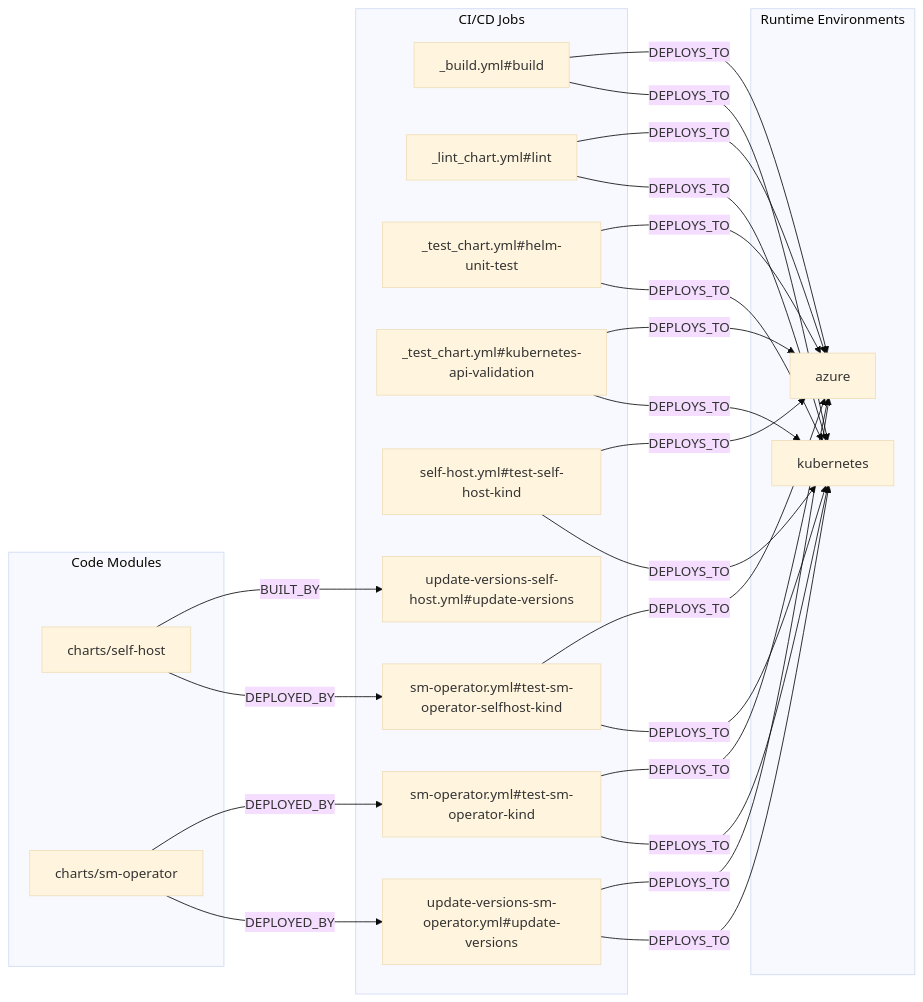
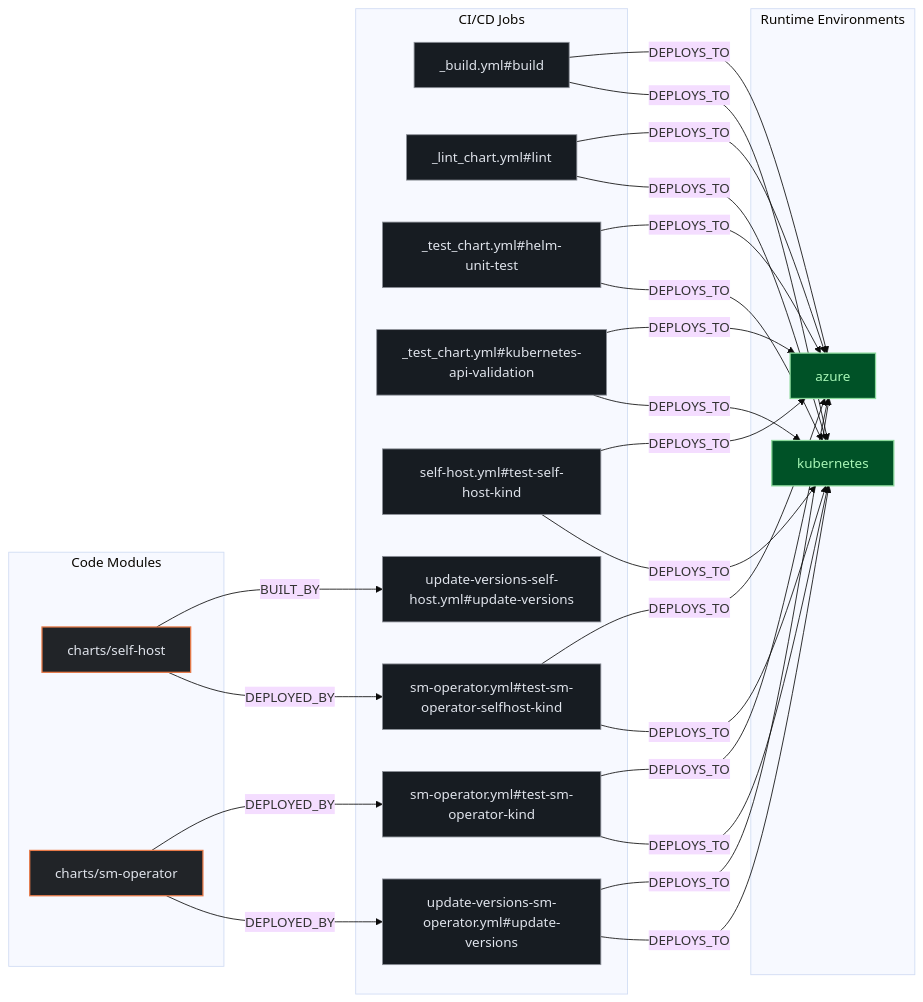
Before and after one commit to kumarshaz/atruss-code-atlas: the second of 3 diagrams in exports/latest/reports/bitwarden-helm-charts-report.md, drawn with Mermaid (base theme). The commit also changed other lines of this file and 331 other files, not shown here.

Commit message:
docs,ui,fix: update SDLC docs, reorder CI/CD DAG first, stylize Mermaid, and fix Arc42 pipeline topology

````diff
--- a/exports/latest/reports/bitwarden-helm-charts-report.md
+++ b/exports/latest/reports/bitwarden-helm-charts-report.md
@@ -152,42 +159,46 @@
 ```mermaid
 flowchart LR
+    classDef atlasCategory fill:#212428,stroke:#E87A48,stroke-width:1.5px,color:#dfe3eb
+    classDef atlasWorkflow fill:#1b2026,stroke:#a3c9ff,stroke-width:1.5px,color:#dfe3eb
+    classDef atlasJob fill:#171c22,stroke:#8d9199,stroke-width:1px,color:#dfe3eb
+    classDef atlasTarget fill:#005227,stroke:#8bd99b,stroke-width:1.5px,color:#a7f6b6
     subgraph code_modules["Code Modules"]
-        mod_charts_self_host["charts/self-host"]
-        mod_charts_sm_operator["charts/sm-operator"]
+        mod_charts_self_host["charts/self-host"]:::atlasCategory
+        mod_charts_sm_operator["charts/sm-operator"]:::atlasCategory
     end
     subgraph ci_jobs["CI/CD Jobs"]
-        job__build_yml_build["_build.yml#build"]
-        job__lint_chart_yml_lint["_lint_chart.yml#lint"]
-        job__test_chart_yml_helm_unit_test["_test_chart.yml#helm-unit-test"]
-        job__test_chart_yml_kubernetes_api_validation["_test_chart.yml#kubernetes-api-validation"]
-        job_self_host_yml_test_self_host_kind["self-host.yml#test-self-host-kind"]
-        job_sm_operator_yml_test_sm_operator_kind["sm-operator.yml#test-sm-operator-kind"]
-        job_sm_operator_yml_test_sm_operator_selfhost_kind["sm-operator.yml#test-sm-operator-selfhost-kind"]
-        job_update_versions_self_host_yml_update_versions["update-versions-self-host.yml#update-versions"]
-        job_update_versions_sm_operator_yml_update_versions["update-versions-sm-operator.yml#update-versions"]
+        job__build_yml_build["_build.yml#build"]:::atlasJob
+        job__lint_chart_yml_lint["_lint_chart.yml#lint"]:::atlasJob
+        job__test_chart_yml_helm_unit_test["_test_chart.yml#helm-unit-test"]:::atlasJob
+        job__test_chart_yml_kubernetes_api_validation["_test_chart.yml#kubernetes-api-validation"]:::atlasJob
+        job_self_host_yml_test_self_host_kind["self-host.yml#test-self-host-kind"]:::atlasJob
+        job_sm_operator_yml_test_sm_operator_kind["sm-operator.yml#test-sm-operator-kind"]:::atlasJob
+        job_sm_operator_yml_test_sm_operator_selfhost_kind["sm-operator.yml#test-sm-operator-selfhost-kind"]:::atlasJob
+        job_update_versions_self_host_yml_update_versions["update-versions-self-host.yml#update-versions"]:::atlasJob
+        job_update_versions_sm_operator_yml_update_versions["update-versions-sm-operator.yml#update-versions"]:::atlasJob
     end
     subgraph runtime_envs["Runtime Environments"]
-        env_azure["azure"]
-        env_kubernetes["kubernetes"]
+        env_azure["azure"]:::atlasTarget
+        env_kubernetes["kubernetes"]:::atlasTarget
     end
     job__build_yml_build -->|DEPLOYS_TO| env_azure
     job__build_yml_build -->|DEPLOYS_TO| env_kubernetes
     job__lint_chart_yml_lint -->|DEPLOYS_TO| env_azure
     job__lint_chart_yml_lint -->|DEPLOYS_TO| env_kubernetes
     job__test_chart_yml_helm_unit_test -->|DEPLOYS_TO| env_azure
     job__test_chart_yml_helm_unit_test -->|DEPLOYS_TO| env_kubernetes
     job__test_chart_yml_kubernetes_api_validation -->|DEPLOYS_TO| env_azure
     job__test_chart_yml_kubernetes_api_validation -->|DEPLOYS_TO| env_kubernetes
     job_self_host_yml_test_self_host_kind -->|DEPLOYS_TO| env_azure
     job_self_host_yml_test_self_host_kind -->|DEPLOYS_TO| env_kubernetes
     job_sm_operator_yml_test_sm_operator_kind -->|DEPLOYS_TO| env_azure
     job_sm_operator_yml_test_sm_operator_kind -->|DEPLOYS_TO| env_kubernetes
     job_sm_operator_yml_test_sm_operator_selfhost_kind -->|DEPLOYS_TO| env_azure
     job_sm_operator_yml_test_sm_operator_selfhost_kind -->|DEPLOYS_TO| env_kubernetes
     job_update_versions_sm_operator_yml_update_versions -->|DEPLOYS_TO| env_azure
     job_update_versions_sm_operator_yml_update_versions -->|DEPLOYS_TO| env_kubernetes
     mod_charts_self_host -->|BUILT_BY| job_update_versions_self_host_yml_update_versions
     mod_charts_self_host -->|DEPLOYED_BY| job_sm_operator_yml_test_sm_operator_selfhost_kind
     mod_charts_sm_operator -->|DEPLOYED_BY| job_sm_operator_yml_test_sm_operator_kind
     mod_charts_sm_operator -->|DEPLOYED_BY| job_update_versions_sm_operator_yml_update_versions
 ```
````
